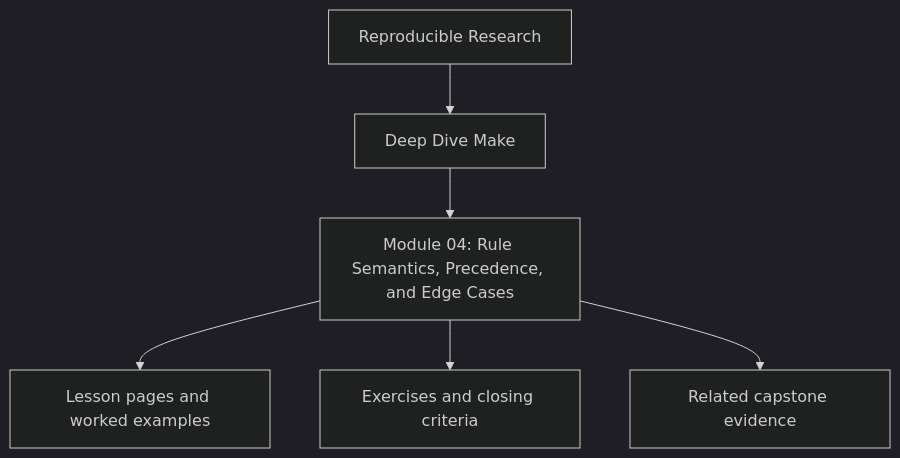
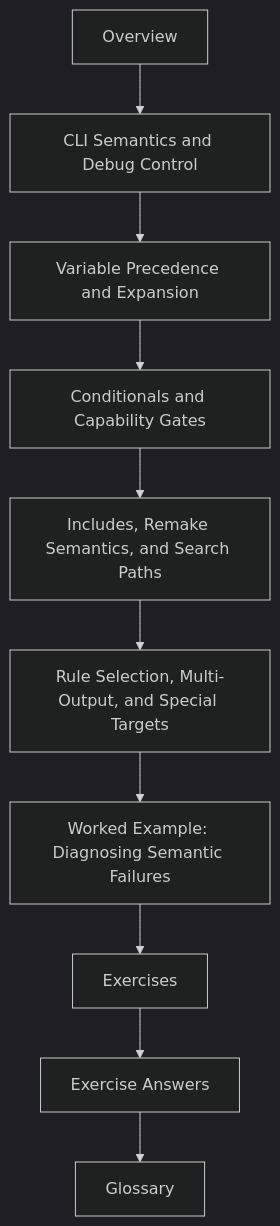
One commit to bijux/bijux-masterclass changed the diagram in programs/reproducible-research/deep-dive-make/course-book/module-04-rule-semantics-precedence-edge-cases/index.md. Above: the diagram before and after it, drawn with Mermaid (dark theme). The commit also changed other lines of this file and 9 other files, not shown here.

Commit message:
docs(make): establish module 04 course-book structure

````diff
--- a/programs/reproducible-research/deep-dive-make/course-book/module-04-rule-semantics-precedence-edge-cases/index.md
+++ b/programs/reproducible-research/deep-dive-make/course-book/module-04-rule-semantics-precedence-edge-cases/index.md
@@ -8,8 +30,12 @@
 ```mermaid
 flowchart TD
-  family["Reproducible Research"] --> program["Deep Dive Make"]
-  program --> module["Module 04: Rule Semantics, Precedence, and Edge Cases"]
-  module --> lessons["Lesson pages and worked examples"]
-  module --> checkpoints["Exercises and closing criteria"]
-  module --> capstone["Related capstone evidence"]
+  start["Overview"] --> core1["CLI Semantics and Debug Control"]
+  core1 --> core2["Variable Precedence and Expansion"]
+  core2 --> core3["Conditionals and Capability Gates"]
+  core3 --> core4["Includes, Remake Semantics, and Search Paths"]
+  core4 --> core5["Rule Selection, Multi-Output, and Special Targets"]
+  core5 --> example["Worked Example: Diagnosing Semantic Failures"]
+  example --> practice["Exercises"]
+  practice --> answers["Exercise Answers"]
+  answers --> glossary["Glossary"]
 ```
````
